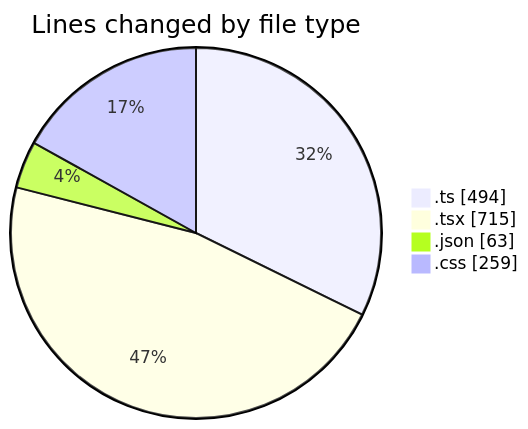
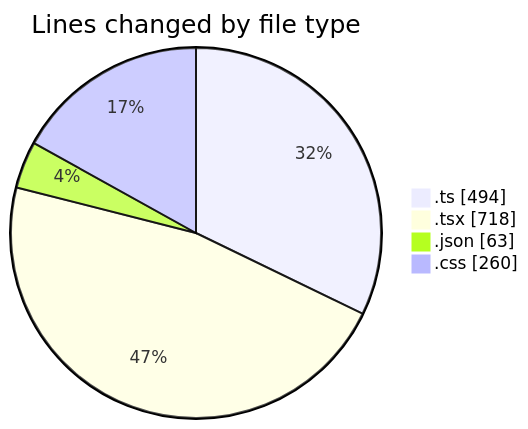
Before and after one commit to julien-gomy/code-tracking: the first of 2 diagrams in 2025-11-24/eventscop-frontend-guide__workspace_/README.md, drawn with Mermaid. The commit also changed other lines of this file and 1 other file, not shown here.

````diff
--- a/2025-11-24/eventscop-frontend-guide__workspace_/README.md
+++ b/2025-11-24/eventscop-frontend-guide__workspace_/README.md
@@ -40,8 +40,8 @@
 ```mermaid
 pie showData
 title Lines changed by file type
 ".ts" : 494
-".tsx" : 715
+".tsx" : 718
 ".json" : 63
-".css" : 259
+".css" : 260
 ```
````
